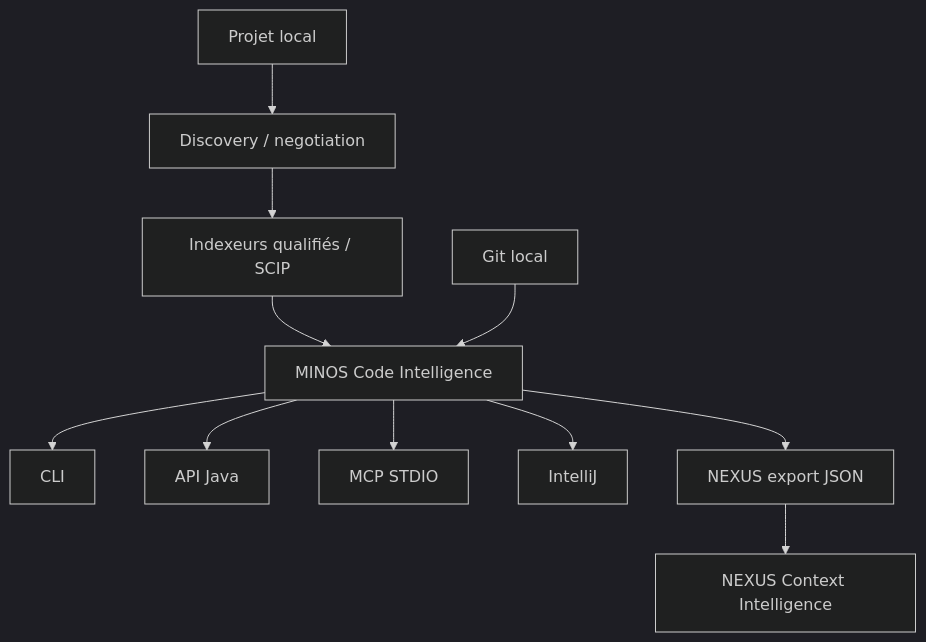
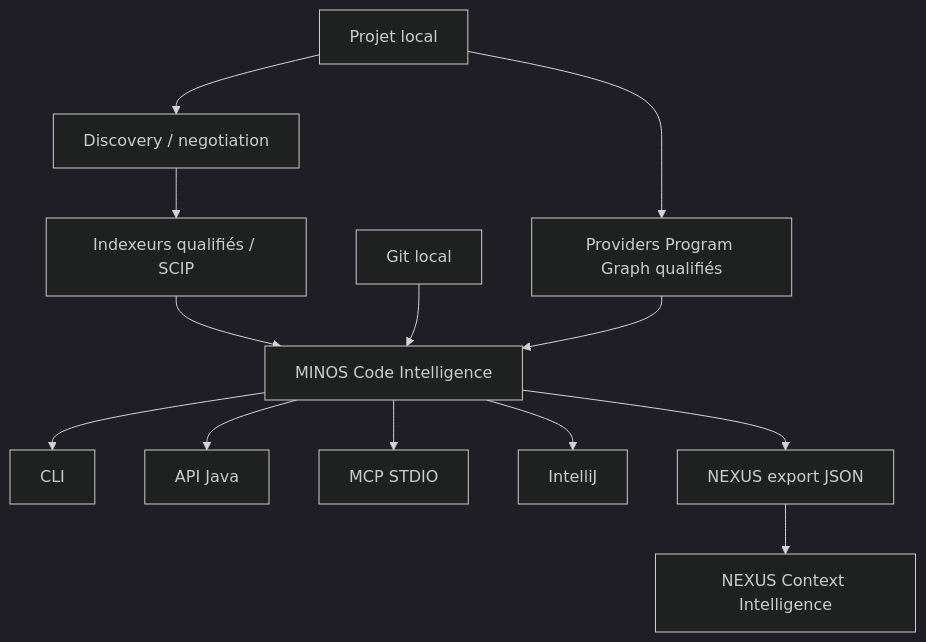
The diagram in README.md (FTurleque/minos-code-intelligence), drawn with Mermaid (dark theme) before and after one commit. The commit also changed other lines of this file, not shown here.

````diff
--- a/README.md
+++ b/README.md
@@ -23,13 +23,15 @@
 ```mermaid
 flowchart TB
     SRC[Projet local] --> DISC[Discovery / negotiation]
     DISC --> IDX[Indexeurs qualifiés / SCIP]
     IDX --> MINOS[MINOS Code Intelligence]
     GIT[Git local] --> MINOS
+    SRC --> ADV[Providers Program Graph qualifiés]
+    ADV --> MINOS
     MINOS --> CLI[CLI]
     MINOS --> API[API Java]
     MINOS --> MCP[MCP STDIO]
     MINOS --> IDE[IntelliJ]
     MINOS --> NX[NEXUS export JSON]
     NX --> NEXUS[NEXUS Context Intelligence]
 ```
````
